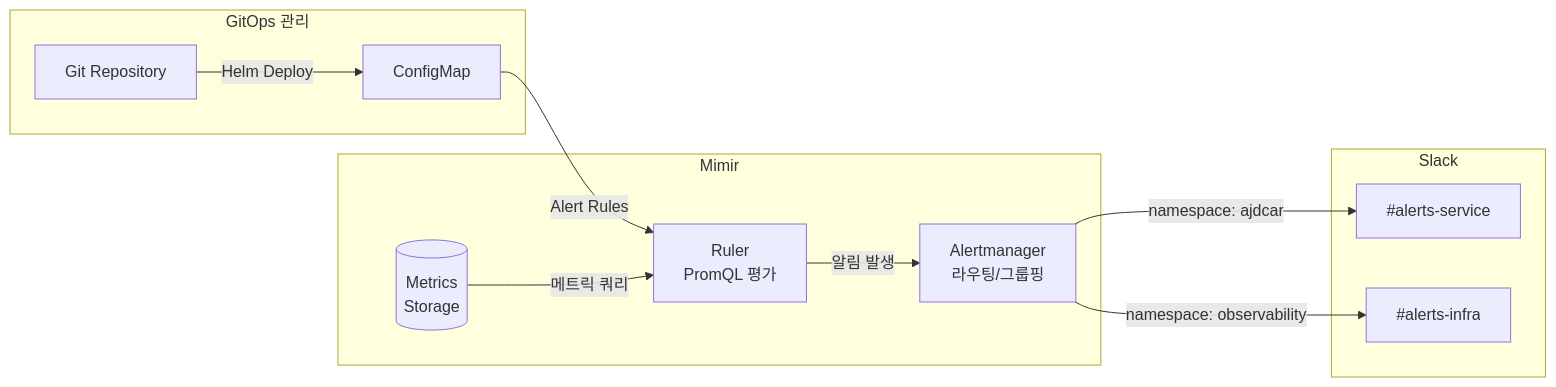
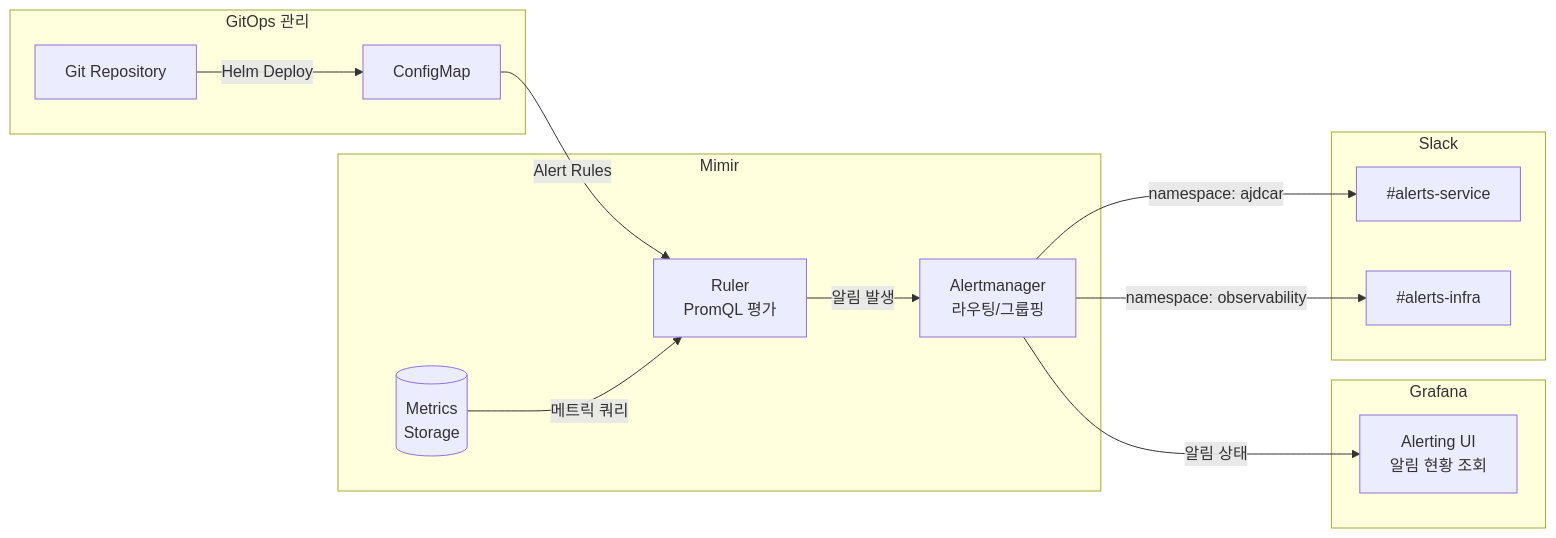
The diagram in content/observability/alerting.md (kimduksoo/duksoo-tech-blog), drawn with Mermaid before and after one commit. The commit also changed other lines of this file, not shown here.

Commit message:
Add Grafana to alerting architecture diagram

````diff
--- a/content/observability/alerting.md
+++ b/content/observability/alerting.md
@@ -15,25 +15,30 @@
 ```mermaid
 flowchart LR
     subgraph GitOps[GitOps 관리]
         Git[Git Repository]
         CM[ConfigMap]
     end
 
     subgraph Mimir[Mimir]
         Ruler[Ruler<br/>PromQL 평가]
         Storage[(Metrics<br/>Storage)]
         AM[Alertmanager<br/>라우팅/그룹핑]
     end
 
+    subgraph Grafana[Grafana]
+        AlertUI[Alerting UI<br/>알림 현황 조회]
+    end
+
     subgraph Slack[Slack]
         Ch1[#alerts-service]
         Ch2[#alerts-infra]
     end
 
     Git -->|Helm Deploy| CM
     CM -->|Alert Rules| Ruler
     Storage -->|메트릭 쿼리| Ruler
     Ruler -->|알림 발생| AM
     AM -->|namespace: ajdcar| Ch1
     AM -->|namespace: observability| Ch2
+    AM -->|알림 상태| AlertUI
 ```
````
